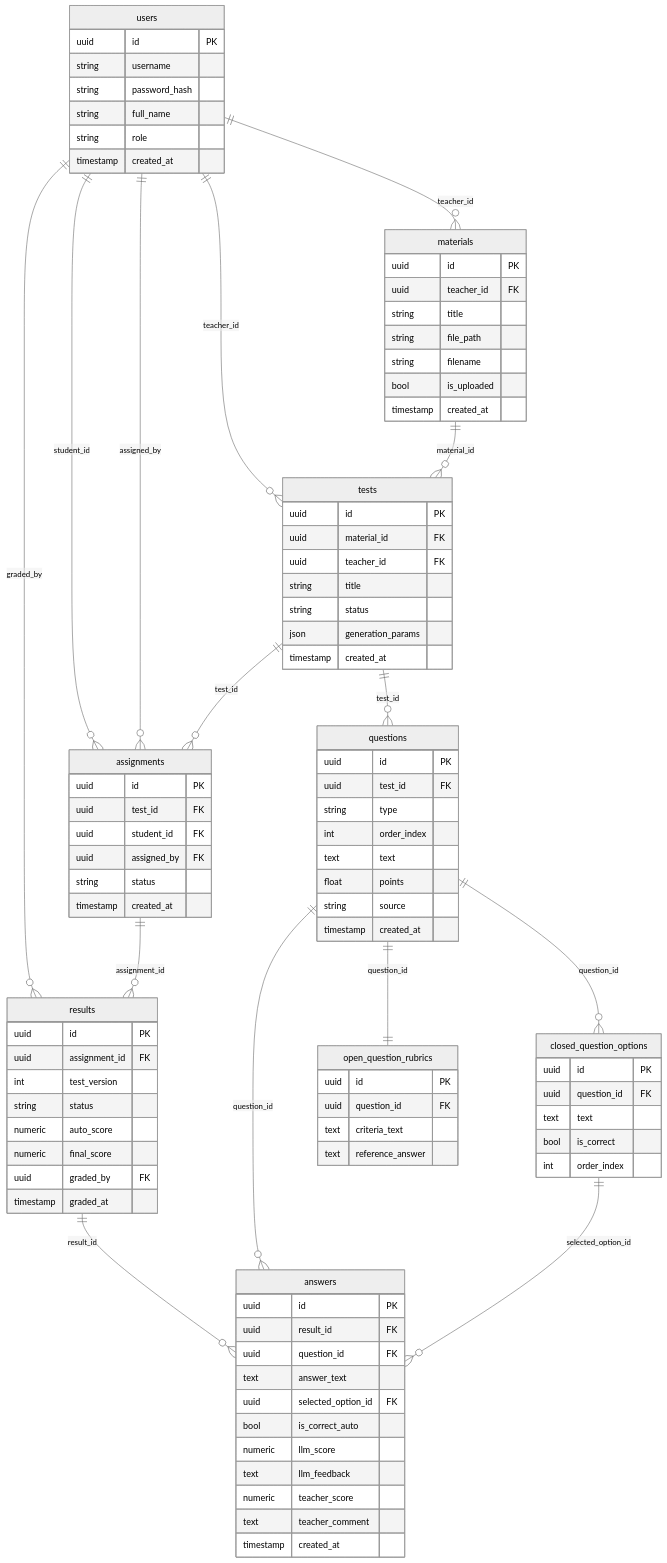
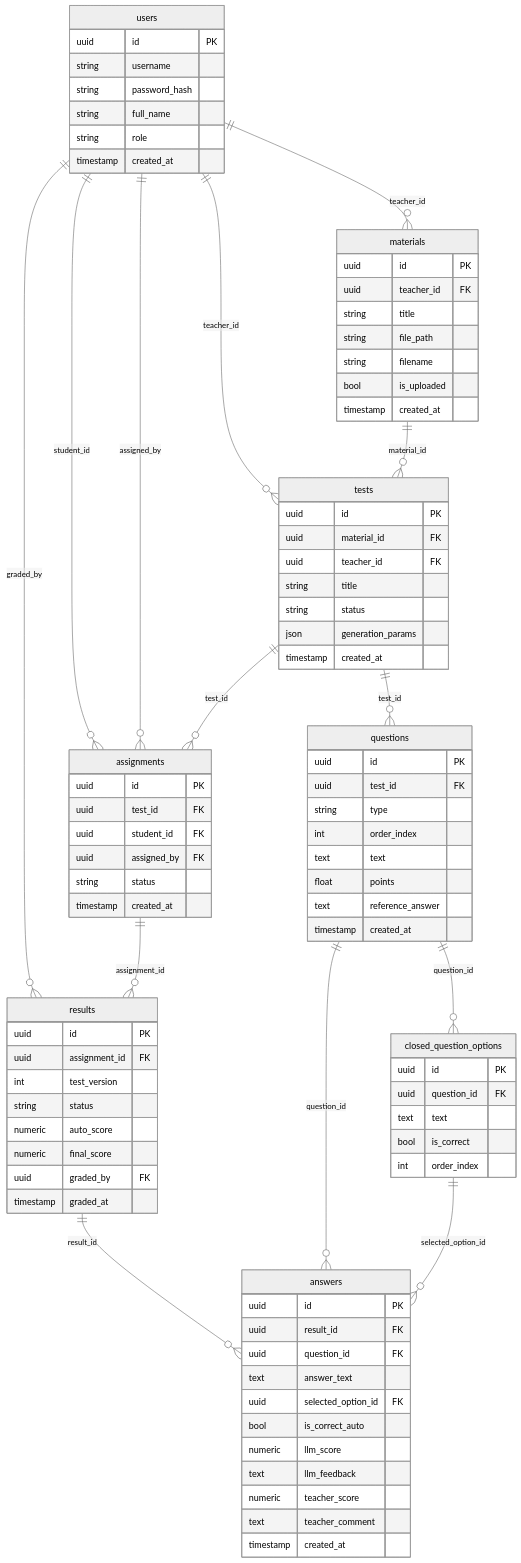
The diagram in docs/er.md (escapertist/TestLab), drawn with Mermaid (neutral theme) before and after one commit. The commit also changed 60 other files, not shown here.

```diff
--- a/docs/er.md
+++ b/docs/er.md
@@ -10,7 +10,6 @@
 
     tests ||--o{ questions : "test_id"
     questions ||--o{ closed_question_options : "question_id"
-    questions ||--|| open_question_rubrics : "question_id"
 
     tests ||--o{ assignments : "test_id"
     assignments ||--o{ results : "assignment_id"
@@ -55,7 +54,7 @@
         int order_index
         text text
         float points
-        string source
+        text reference_answer
         timestamp created_at
     }
 
@@ -65,13 +64,6 @@
         text text
         bool is_correct
         int order_index
-    }
-
-    open_question_rubrics {
-        uuid id PK
-        uuid question_id FK
-        text criteria_text
-        text reference_answer
     }
 
     assignments {
```
